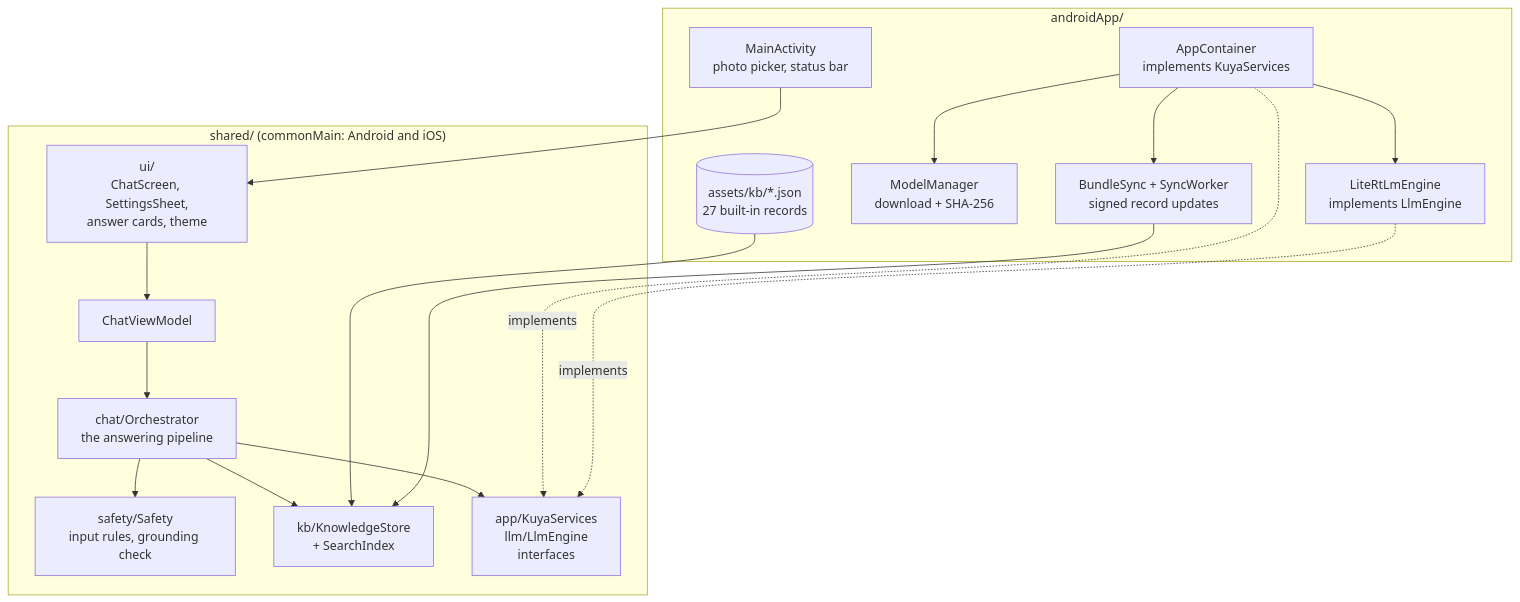
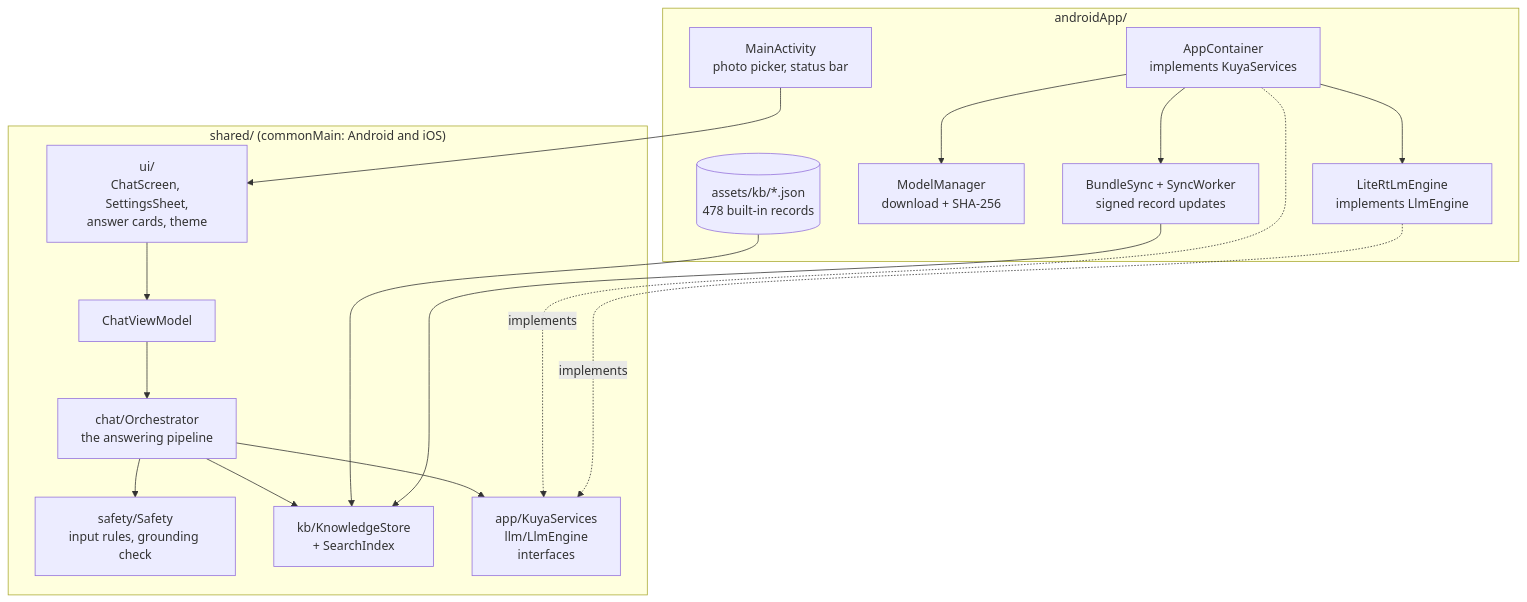
The diagram in docs/architecture.md (mr-jones123/kuya-j), drawn with Mermaid before and after one commit. The commit also changed 25 other files, not shown here.

````diff
--- a/docs/architecture.md
+++ b/docs/architecture.md
@@ -6,29 +6,29 @@
 ```mermaid
 flowchart TB
     subgraph shared["shared/ (commonMain: Android and iOS)"]
         UI[ui/<br/>ChatScreen, SettingsSheet,<br/>answer cards, theme]
         VM[ChatViewModel]
         O[chat/Orchestrator<br/>the answering pipeline]
         SAF[safety/Safety<br/>input rules, grounding check]
         KB[kb/KnowledgeStore<br/>+ SearchIndex]
         IF[app/KuyaServices<br/>llm/LlmEngine<br/>interfaces]
     end
     subgraph android["androidApp/"]
         MA[MainActivity<br/>photo picker, status bar]
         AC[AppContainer<br/>implements KuyaServices]
         ENG[LiteRtLmEngine<br/>implements LlmEngine]
         MM[ModelManager<br/>download + SHA-256]
         SYNC[BundleSync + SyncWorker<br/>signed record updates]
-        ASSETS[(assets/kb/*.json<br/>27 built-in records)]
+        ASSETS[(assets/kb/*.json<br/>478 built-in records)]
     end
     UI --> VM --> O
     O --> SAF
     O --> KB
     O --> IF
     MA --> UI
     AC -.implements.-> IF
     ENG -.implements.-> IF
     AC --> ENG & MM & SYNC
     ASSETS --> KB
     SYNC --> KB
 ```
````
